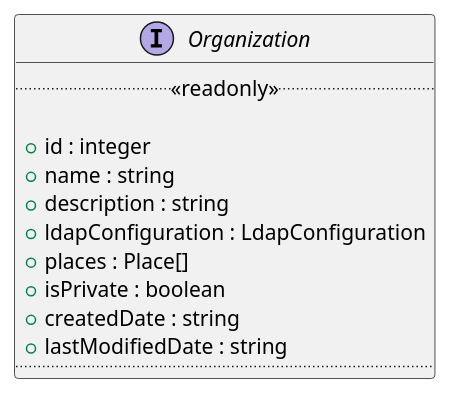
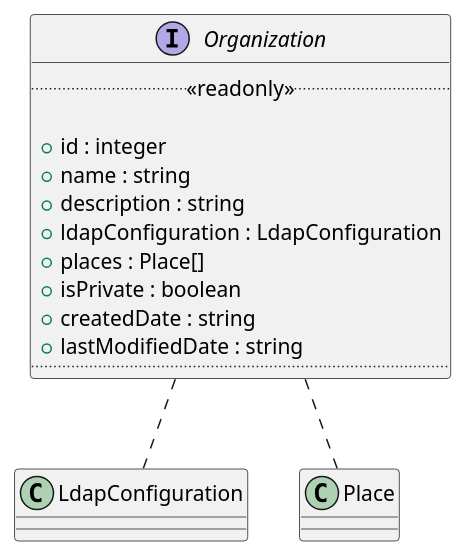
Before and after one commit to GruppOne/stalker-web-app: the diagram in docs/diagrams/interfaces/Organization/Organization.pu, drawn with PlantUML. The commit also changed 12 other files, not shown here.

Commit message:
feat: include all diagrams into class-diagram and design relations

```diff
--- a/docs/diagrams/interfaces/Organization/Organization.pu
+++ b/docs/diagrams/interfaces/Organization/Organization.pu
@@ -1,15 +1,18 @@
 @startuml Organization Diagram
 interface Organization {
   ..<<readonly>>..
 
   + id : integer
   + name : string
   + description : string
   + ldapConfiguration : LdapConfiguration
   + places : Place[]
   + isPrivate : boolean
   + createdDate : string
   + lastModifiedDate : string
   ....
 }
+
+Organization .. LdapConfiguration
+Organization .. Place
 @enduml
```
